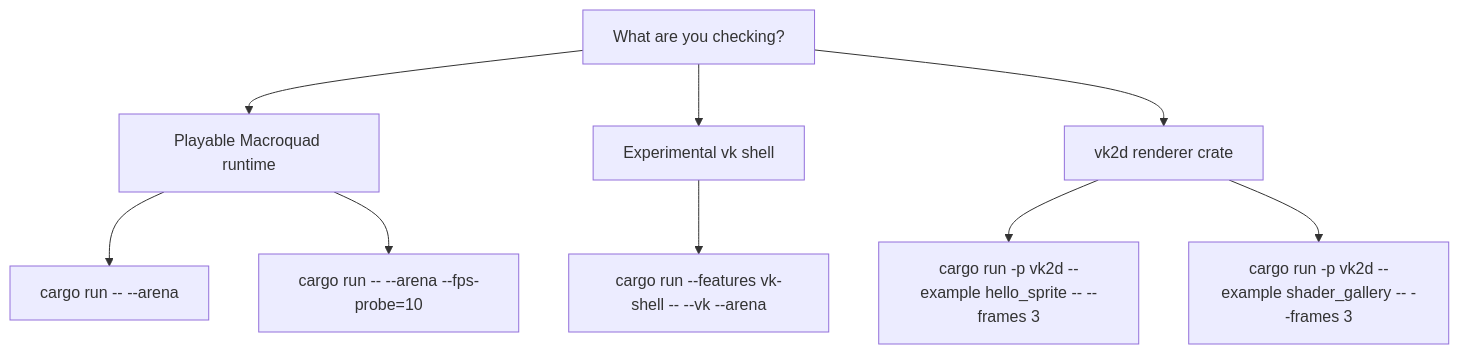
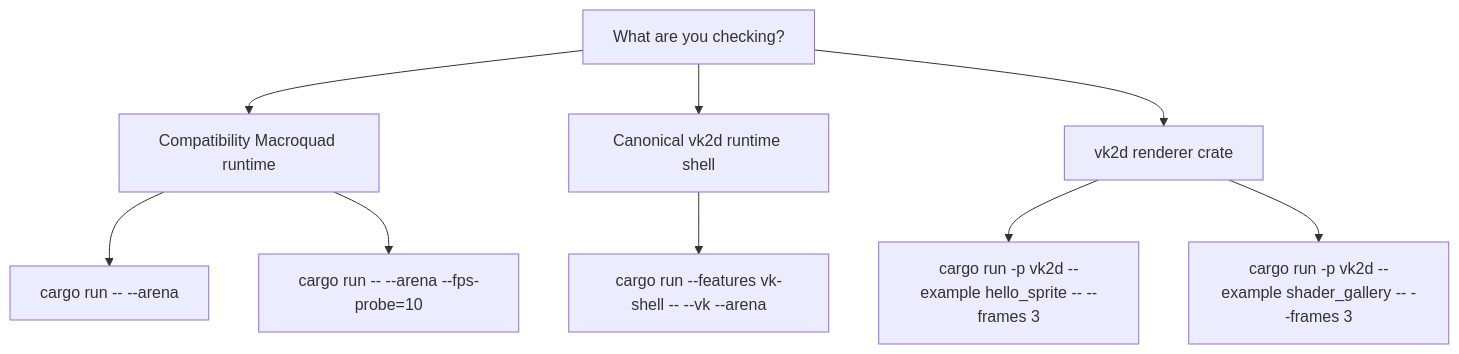
Before and after one commit to soulwax/EchoWiki: the first of 4 diagrams in src/content/docs/pages/renderer-diagnostics.md, drawn with Mermaid. The commit also changed other lines of this file and 17 other files, not shown here.

````diff
--- a/src/content/docs/pages/renderer-diagnostics.md
+++ b/src/content/docs/pages/renderer-diagnostics.md
@@ -9,17 +11,17 @@
 ```mermaid
 flowchart TB
     task[What are you checking?]
-    mq[Playable Macroquad runtime]
-    vk[Experimental vk shell]
+    mq[Compatibility Macroquad runtime]
+    vk[Canonical vk2d runtime shell]
     crate[vk2d renderer crate]
 
     task --> mq
     task --> vk
     task --> crate
 
     mq --> mqcmd[cargo run -- --arena]
     mq --> probecmd[cargo run -- --arena --fps-probe=10]
     vk --> vkcmd[cargo run --features vk-shell -- --vk --arena]
     crate --> ex1[cargo run -p vk2d --example hello_sprite -- --frames 3]
     crate --> ex2[cargo run -p vk2d --example shader_gallery -- --frames 3]
 ```
````
